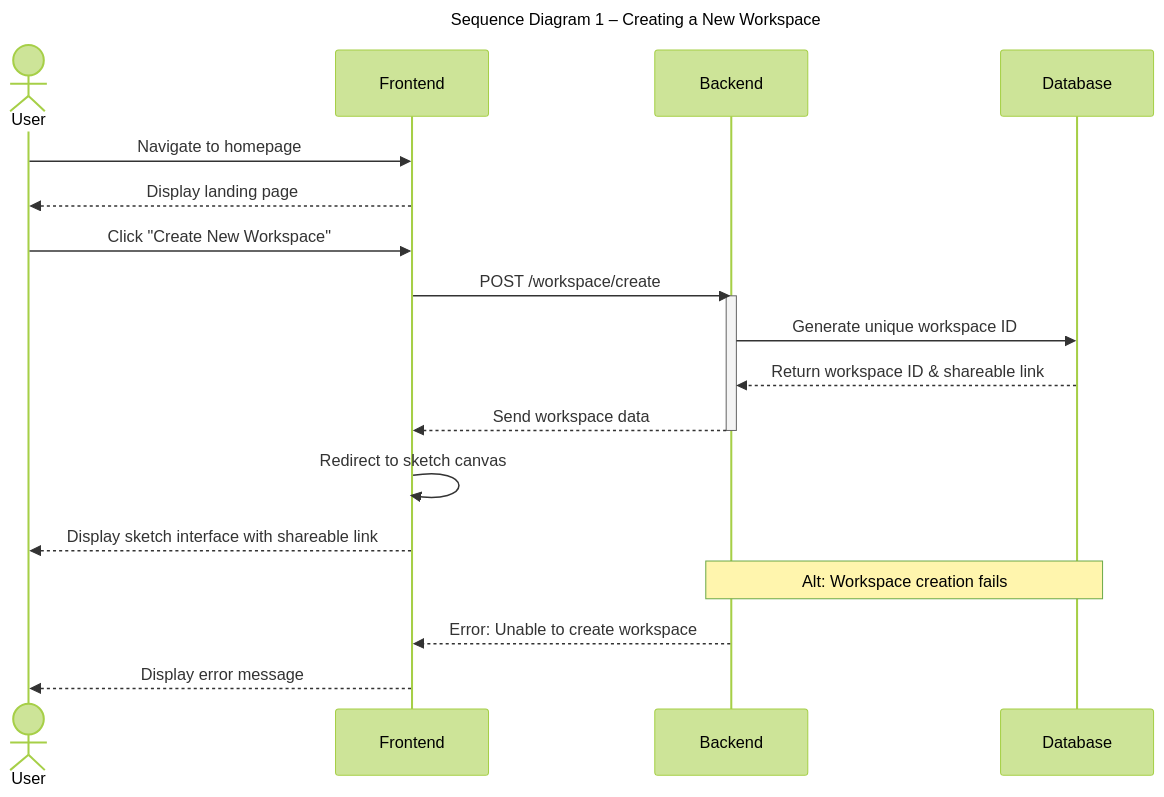
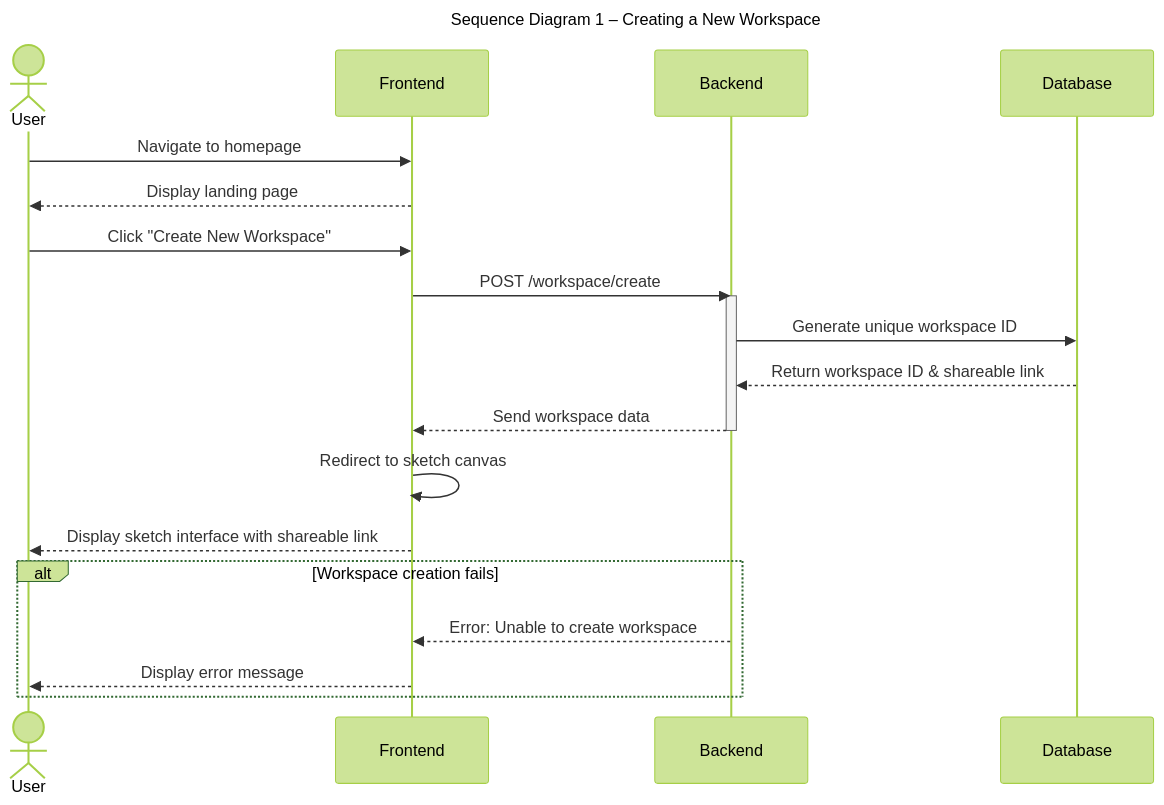
Before and after one commit to Capstone-Projects-2025-Fall/project-001-sketch2screen: the first of 8 diagrams in documentation/docs/system-architecture/sequence-diagrams.md, drawn with Mermaid (forest theme). The commit also changed other lines of this file, not shown here.

Commit message:
sequence diagram tweaks

````diff
--- a/documentation/docs/system-architecture/sequence-diagrams.md
+++ b/documentation/docs/system-architecture/sequence-diagrams.md
@@ -16,27 +16,28 @@
 ```mermaid
 ---
 title: Sequence Diagram 1 – Creating a New Workspace
 ---
 
 sequenceDiagram
     actor User
     participant Frontend
     participant Backend
     participant Database
 
     User->>Frontend: Navigate to homepage
     Frontend-->>User: Display landing page
     User->>Frontend: Click "Create New Workspace"
     Frontend->>Backend: POST /workspace/create
     activate Backend
     Backend->>Database: Generate unique workspace ID
     Database-->>Backend: Return workspace ID & shareable link
     Backend-->>Frontend: Send workspace data
     deactivate Backend
     Frontend->>Frontend: Redirect to sketch canvas
     Frontend-->>User: Display sketch interface with shareable link
 
-    Note over Backend,Database: Alt: Workspace creation fails
-    Backend-->>Frontend: Error: Unable to create workspace
-    Frontend-->>User: Display error message
+    alt Workspace creation fails
+        Backend-->>Frontend: Error: Unable to create workspace
+        Frontend-->>User: Display error message
+    end
 ```
````
